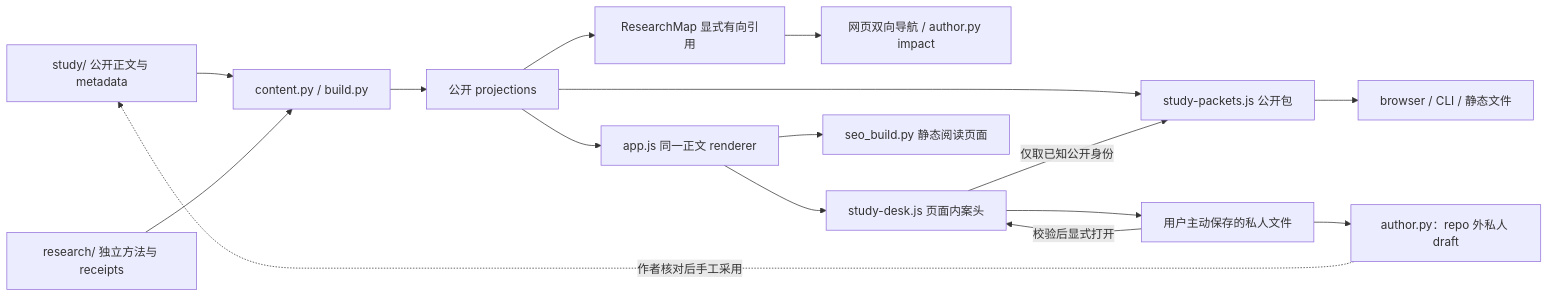
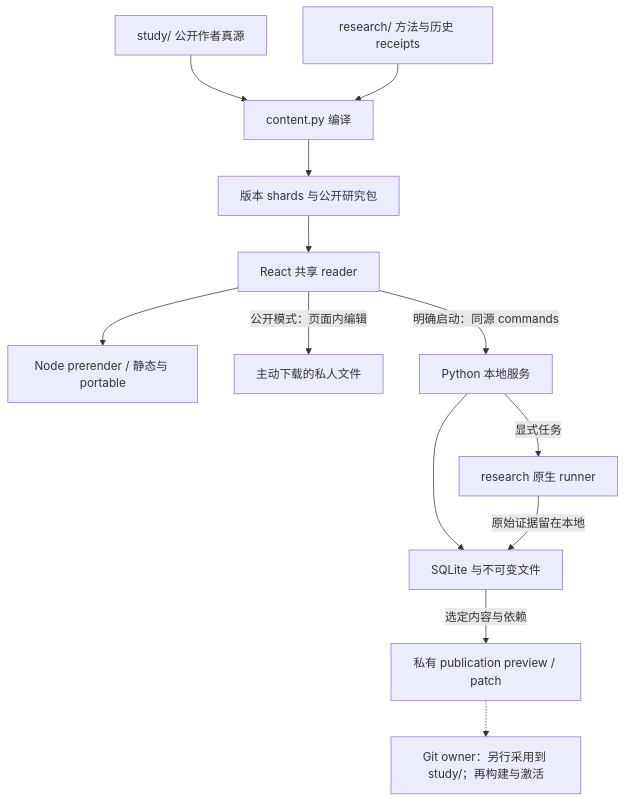
The diagram in docs/research-system.md (IndelibleVivi/agent-memory-study), drawn with Mermaid before and after one commit. The commit also changed other lines of this file and 495 other files, not shown here.

Commit message:
Build the next-generation local research environment

````diff
--- a/docs/research-system.md
+++ b/docs/research-system.md
@@ -20,18 +22,15 @@
 ```mermaid
-flowchart LR
-  S["study/ 公开正文与 metadata"] --> C["content.py / build.py"]
-  R["research/ 独立方法与 receipts"] --> C
-  C --> D["公开 projections"]
-  D --> G["ResearchMap 显式有向引用"]
-  G --> I["网页双向导航 / author.py impact"]
-  D --> V["app.js 同一正文 renderer"]
-  D --> P["study-packets.js 公开包"]
-  V --> W["study-desk.js 页面内案头"]
-  W --> F["用户主动保存的私人文件"]
-  F -->|"校验后显式打开"| W
-  F --> A["author.py：repo 外私人 draft"]
-  A -.->|"作者核对后手工采用"| S
-  W -->|"仅取已知公开身份"| P
-  P --> X["browser / CLI / 静态文件"]
-  V --> H["seo_build.py 静态阅读页面"]
+flowchart TB
+  S["study/ 公开作者真源"] --> C["content.py 编译"]
+  R["research/ 方法与历史 receipts"] --> C
+  C --> P["版本 shards 与公开研究包"]
+  P --> U["React 共享 reader"]
+  U --> H["Node prerender / 静态与 portable"]
+  U -->|"公开模式：页面内编辑"| F["主动下载的私人文件"]
+  U -->|"明确启动：同源 commands"| L["Python 本地服务"]
+  L --> D["SQLite 与不可变文件"]
+  L -->|"显式任务"| J["research 原生 runner"]
+  J -->|"原始证据留在本地"| D
+  D -->|"选定内容与依赖"| V["私有 publication preview / patch"]
+  V -.-> G["Git owner：另行采用到 study/；再构建与激活"]
 ```
````
